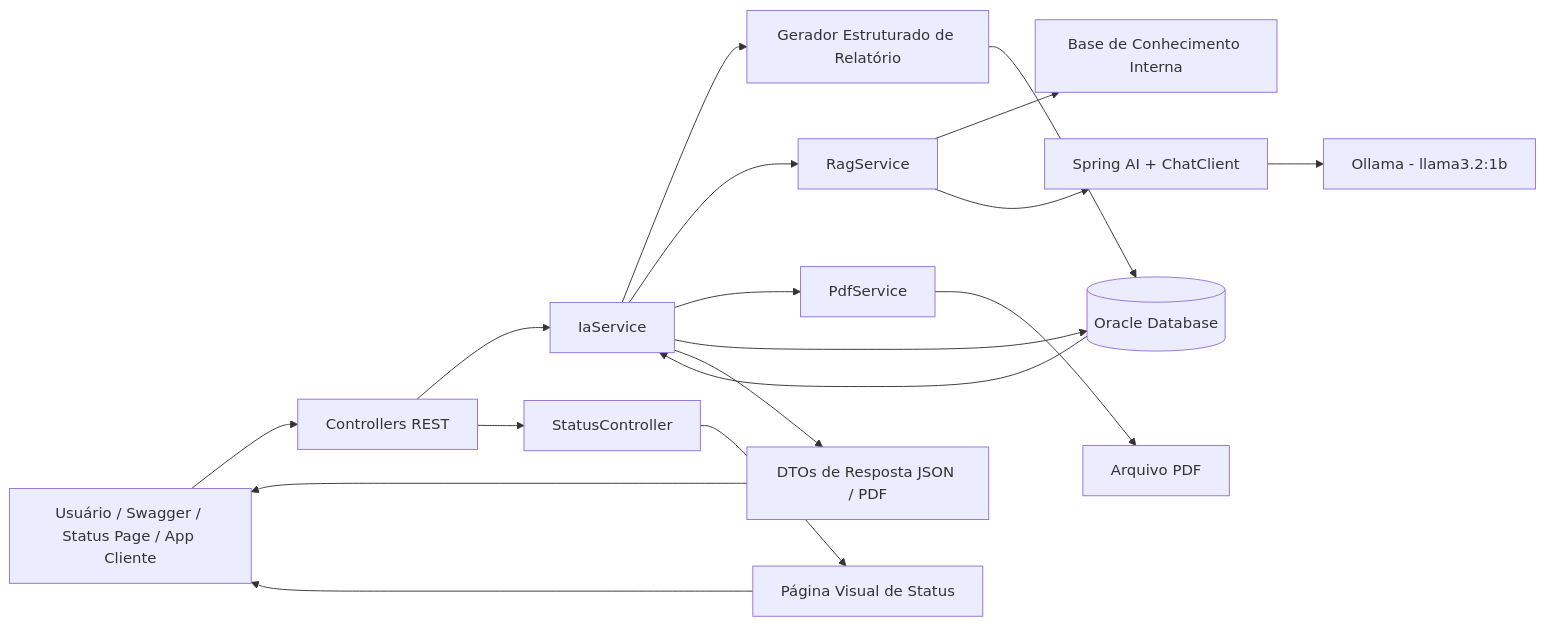
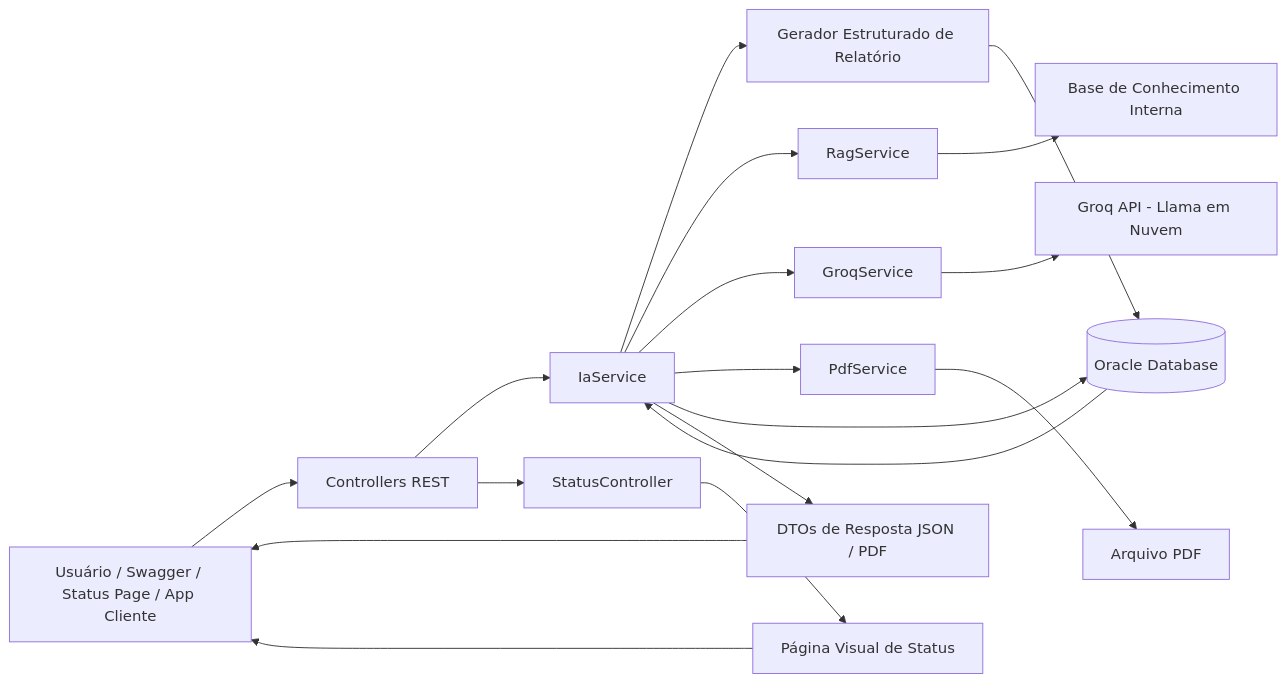
The first of 4 diagrams in README.md (DudaAraujo14/argus-ia-spring), drawn with Mermaid before and after one commit. The commit also changed other lines of this file, not shown here.

Commit message:
docs: atualiza README para Groq API

````diff
--- a/README.md
+++ b/README.md
@@ -183,20 +190,20 @@
 ```mermaid
 flowchart LR
     U[Usuário / Swagger / Status Page / App Cliente] --> C[Controllers REST]
     C --> S[IaService]
     C --> ST[StatusController]
     S --> R1[Gerador Estruturado de Relatório]
     S --> R2[RagService]
+    S --> GQ[GroqService]
     S --> PDF[PdfService]
     R2 --> KB[Base de Conhecimento Interna]
-    R2 --> AI[Spring AI + ChatClient]
-    AI --> O[Ollama - llama3.2:1b]
+    GQ --> AI[Groq API - Llama em Nuvem]
     R1 --> DB[(Oracle Database)]
     S --> DB
     DB --> S
     PDF --> ARQ[Arquivo PDF]
     S --> RESP[DTOs de Resposta JSON / PDF]
     ST --> PAGE[Página Visual de Status]
     RESP --> U
     PAGE --> U
 ```
````
